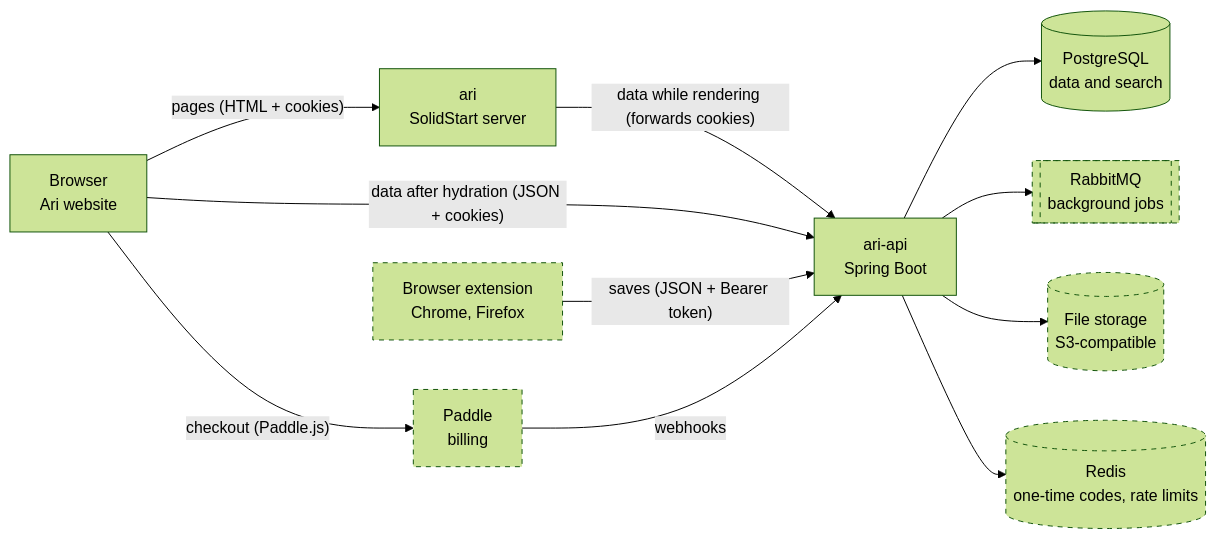
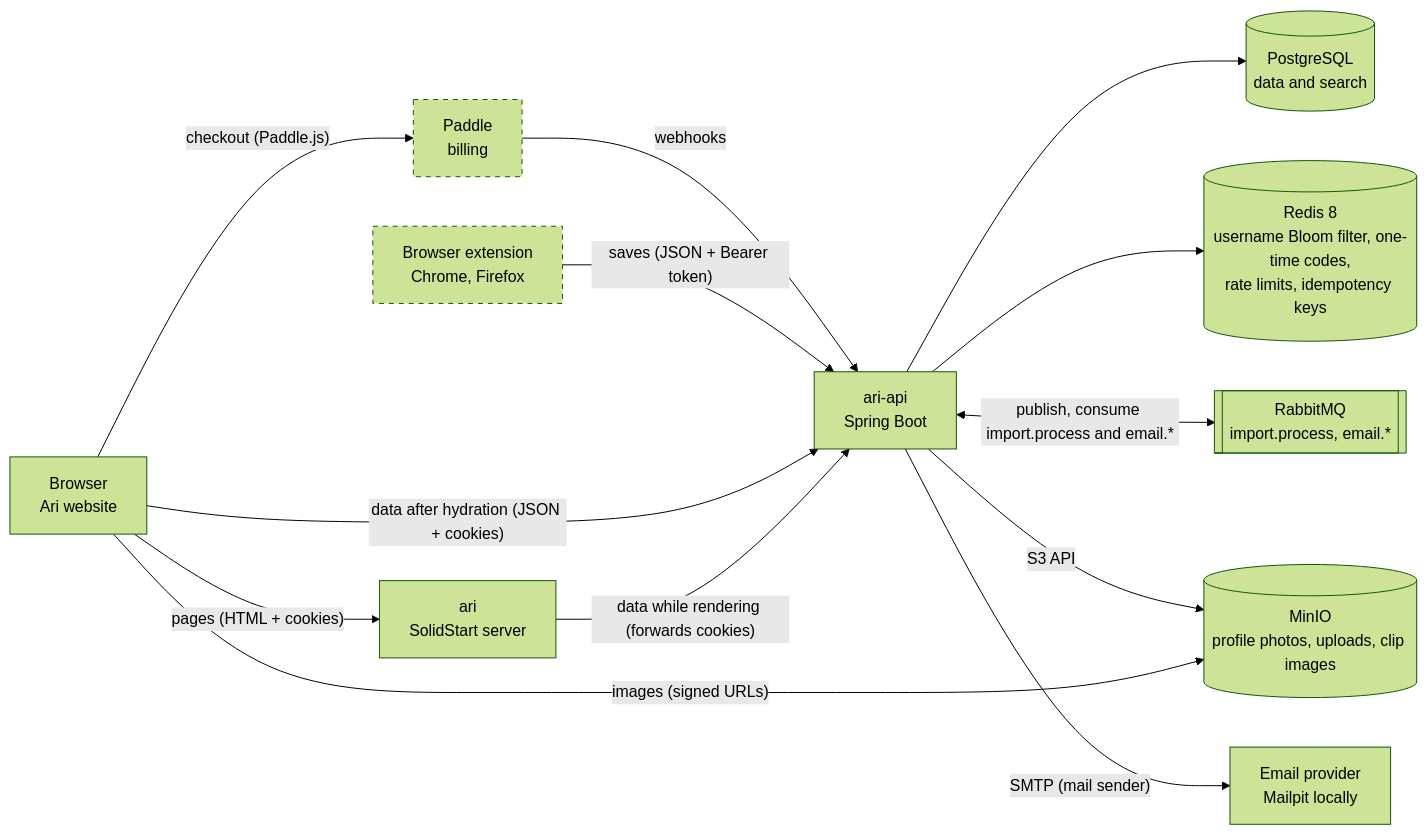
One commit to salimsalimzade/ari-api changed the first of 2 diagrams in docs/architecture.md. Above: the diagram before and after it, drawn with Mermaid (forest theme). The commit also changed other lines of this file and 181 other files, not shown here.

````diff
--- a/docs/architecture.md
+++ b/docs/architecture.md
@@ -17,26 +17,29 @@
 ```mermaid
 flowchart LR
   browser["Browser<br/>Ari website"]
   ext["Browser extension<br/>Chrome, Firefox"]
   web["ari<br/>SolidStart server"]
   api["ari-api<br/>Spring Boot"]
   db[("PostgreSQL<br/>data and search")]
-  mq[["RabbitMQ<br/>background jobs"]]
-  files[("File storage<br/>S3-compatible")]
-  redis[("Redis<br/>one-time codes, rate limits")]
+  redis[("Redis 8<br/>username Bloom filter, one-time codes,<br/>rate limits, idempotency keys")]
+  mq[["RabbitMQ<br/>import.process, email.*"]]
+  files[("MinIO<br/>profile photos, uploads, clip images")]
+  esp["Email provider<br/>Mailpit locally"]
   paddle["Paddle<br/>billing"]
 
   browser -- "pages (HTML + cookies)" --> web
   web -- "data while rendering (forwards cookies)" --> api
   browser -- "data after hydration (JSON + cookies)" --> api
   ext -- "saves (JSON + Bearer token)" --> api
+  browser -- "images (signed URLs)" --> files
   browser -- "checkout (Paddle.js)" --> paddle
   paddle -- "webhooks" --> api
   api --> db
-  api --> mq
-  api --> files
   api --> redis
+  api <-- "publish, consume import.process and email.*" --> mq
+  api -- "S3 API" --> files
+  api -- "SMTP (mail sender)" --> esp
 
   classDef later stroke-dasharray: 5 5
-  class ext,mq,files,redis,paddle later
+  class ext,paddle later
 ```
````
